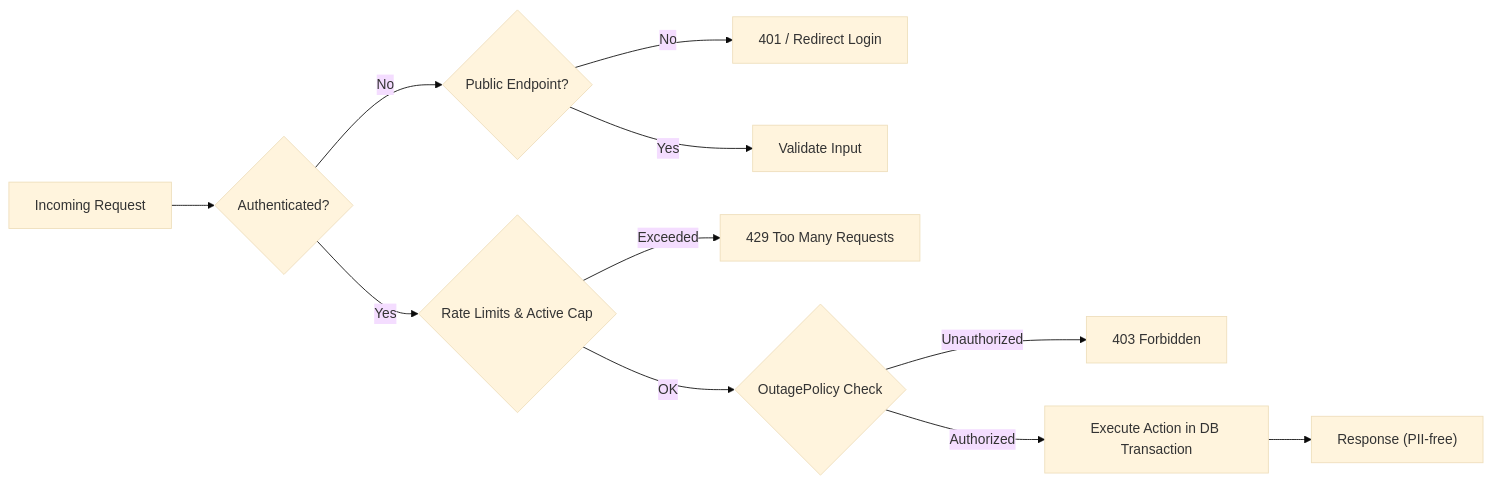
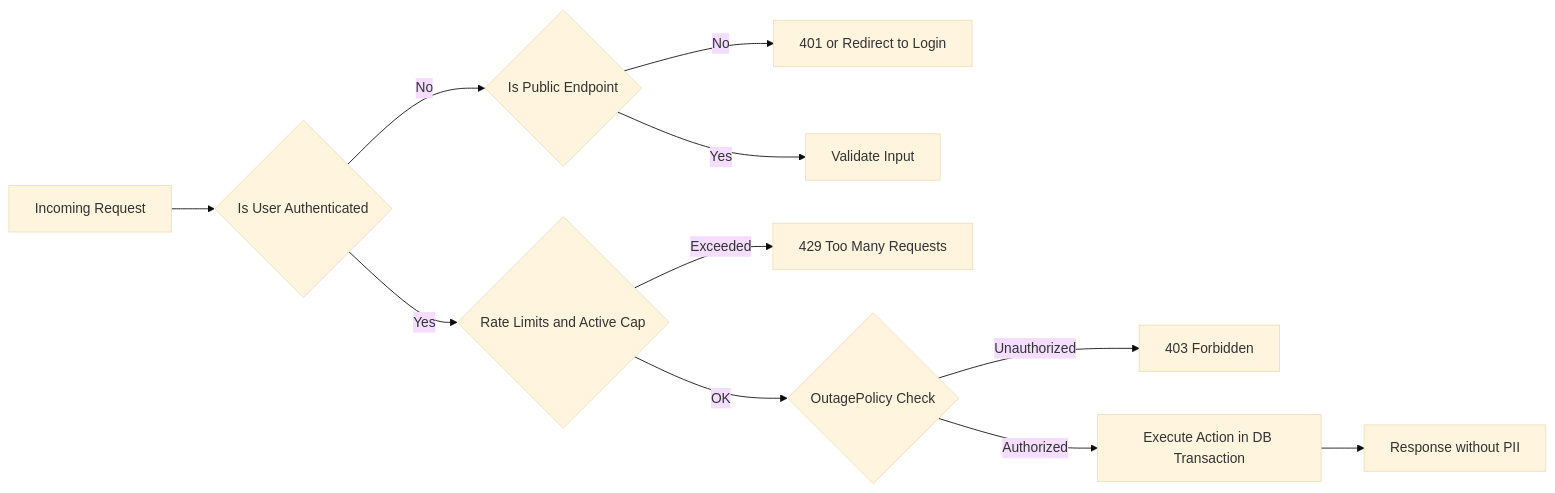
One commit to AlbertsH13/power-outage-map changed the fourth of 5 diagrams in ARCHITECTURE.md. Above: the diagram before and after it, drawn with Mermaid (base theme). The commit also changed other lines of this file and 64 other files, not shown here.

````diff
--- a/ARCHITECTURE.md
+++ b/ARCHITECTURE.md
@@ -324,15 +324,15 @@
 ```mermaid
 flowchart LR
-    Req["Incoming Request"] --> Auth{"Authenticated?"}
-    Auth -- No --> GuestCheck{"Public Endpoint?"}
-    GuestCheck -- No --> R401["401 / Redirect Login"]
+    Req["Incoming Request"] --> Auth{"Is User Authenticated"}
+    Auth -- No --> GuestCheck{"Is Public Endpoint"}
+    GuestCheck -- No --> R401["401 or Redirect to Login"]
     GuestCheck -- Yes --> Validate["Validate Input"]
 
-    Auth -- Yes --> Limiter{"Rate Limits & Active Cap"}
+    Auth -- Yes --> Limiter{"Rate Limits and Active Cap"}
     Limiter -- Exceeded --> R429["429 Too Many Requests"]
     Limiter -- OK --> Policy{"OutagePolicy Check"}
 
     Policy -- Unauthorized --> R403["403 Forbidden"]
     Policy -- Authorized --> Action["Execute Action in DB Transaction"]
-    Action --> Out["Response (PII-free)"]
+    Action --> Out["Response without PII"]
 ```
````
